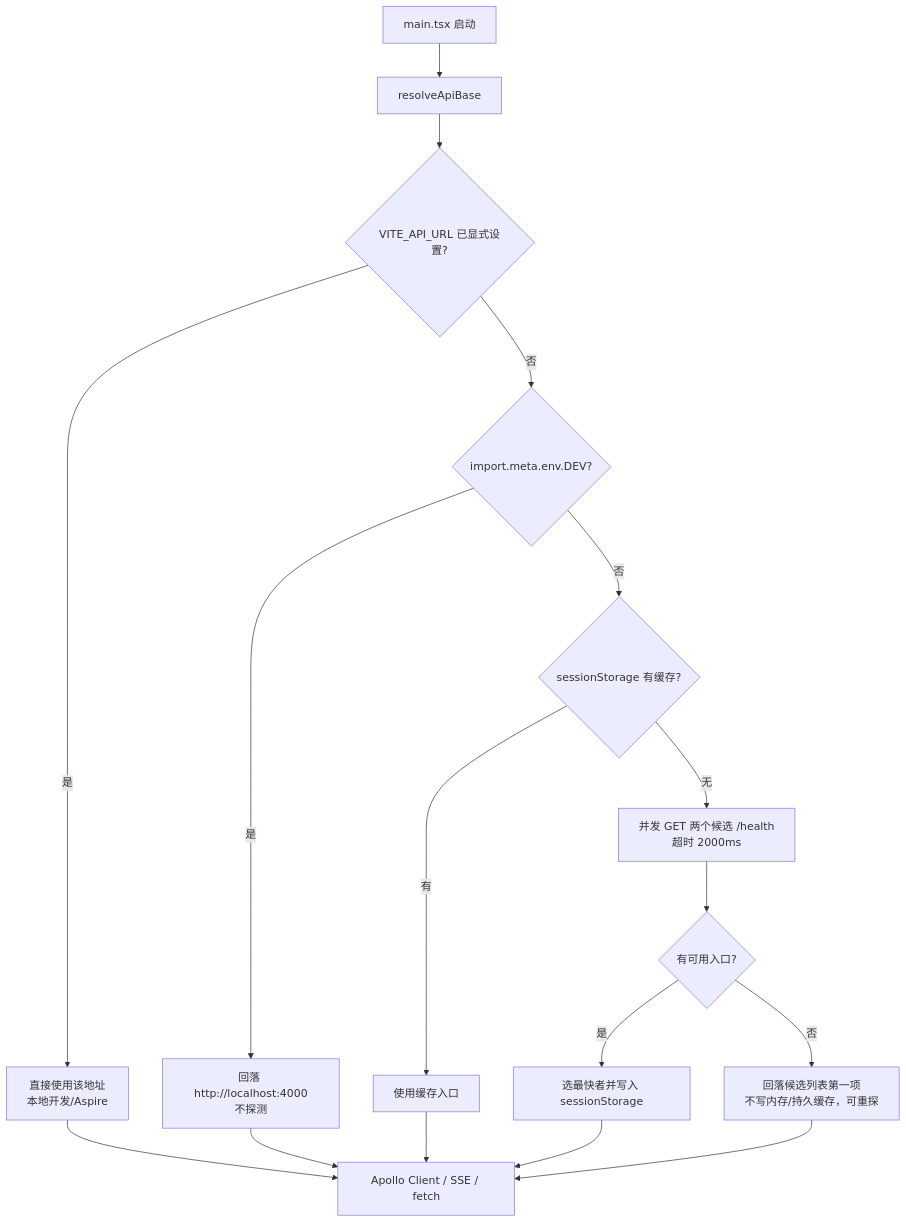
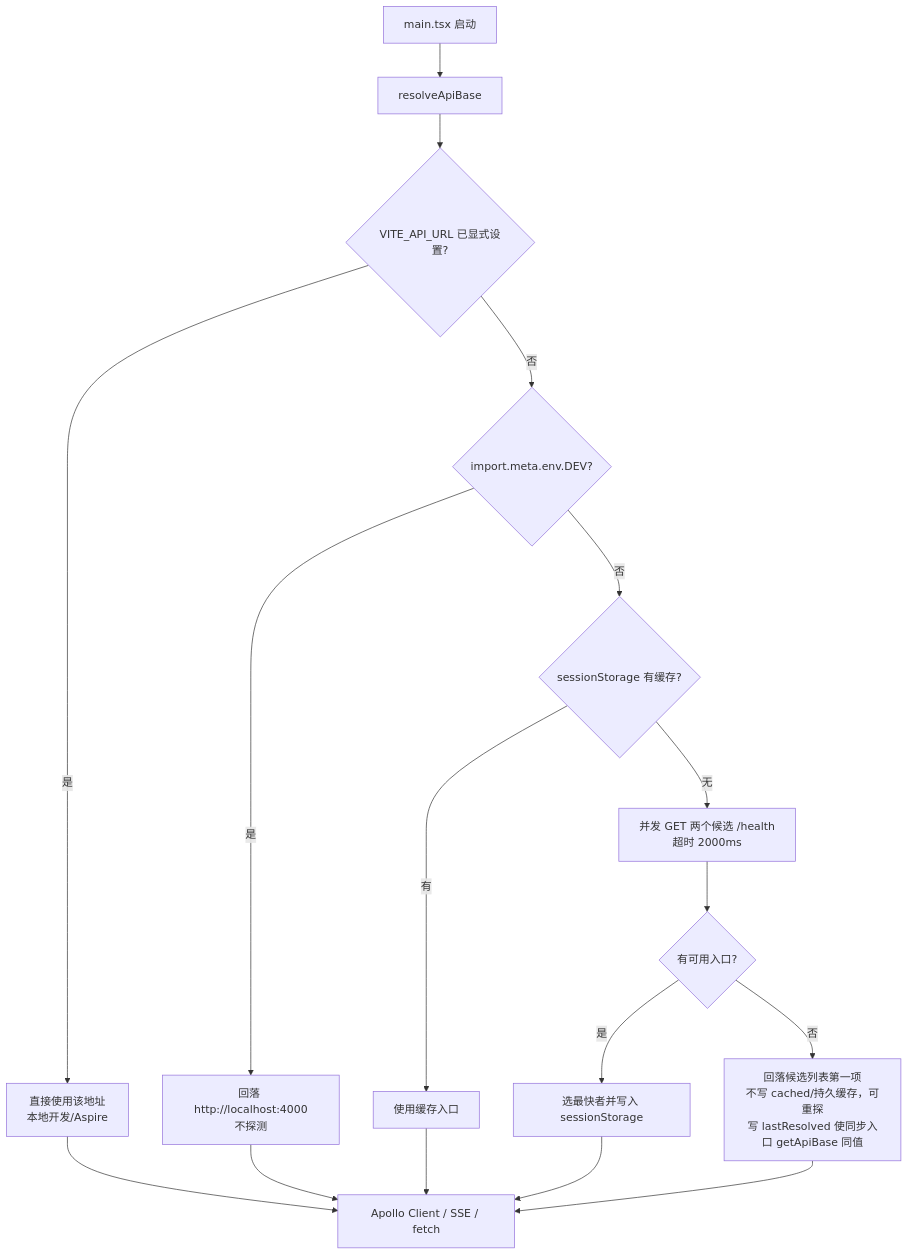
Before and after one commit to Deliay/z-agent-gear: the first of 2 diagrams in docs/engineering/proposals/20260908-feat-frontend-auto-select-server.md, drawn with Mermaid. The commit also changed other lines of this file and 3 other files, not shown here.

````diff
--- a/docs/engineering/proposals/20260908-feat-frontend-auto-select-server.md
+++ b/docs/engineering/proposals/20260908-feat-frontend-auto-select-server.md
@@ -59,19 +60,19 @@
 ```mermaid
 flowchart TD
     A[main.tsx 启动] --> B[resolveApiBase]
     B --> C{VITE_API_URL 已显式设置?}
     C -- 是 --> D[直接使用该地址<br/>本地开发/Aspire]
     C -- 否 --> E{import.meta.env.DEV?}
     E -- 是 --> L[回落 http://localhost:4000<br/>不探测]
     E -- 否 --> F{sessionStorage 有缓存?}
     F -- 有 --> G[使用缓存入口]
     F -- 无 --> H[并发 GET 两个候选 /health<br/>超时 2000ms]
     H --> I{有可用入口?}
     I -- 是 --> J[选最快者并写入 sessionStorage]
-    I -- 否 --> K[回落候选列表第一项<br/>不写内存/持久缓存，可重探]
+    I -- 否 --> K[回落候选列表第一项<br/>不写 cached/持久缓存，可重探<br/>写 lastResolved 使同步入口 getApiBase 同值]
     D --> M[Apollo Client / SSE / fetch]
     L --> M
     G --> M
     J --> M
     K --> M
 ```
````
